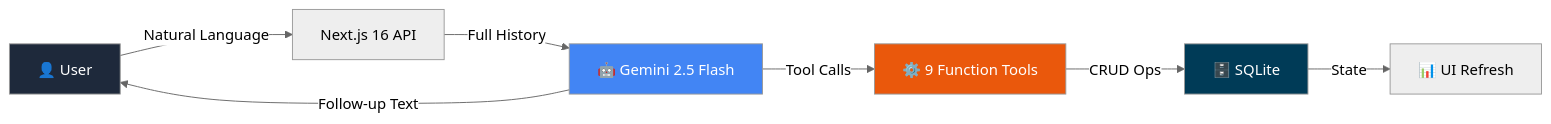
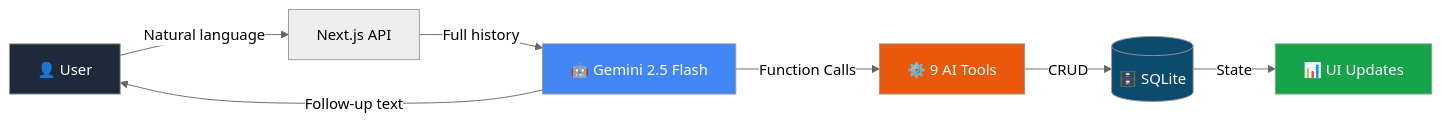
Before and after one commit to itsdivyanshuno/deadClock: the diagram in README.md, drawn with Mermaid (neutral theme). The commit also changed other lines of this file, not shown here.

Commit message:
docs: hackathon README redesign with agentic narrative, mermaid diagram, icon-driven feature table, screenshots section, and judges-facing 'Why we win' framing

````diff
--- a/README.md
+++ b/README.md
@@ -81,13 +50,14 @@
 ```mermaid
 graph LR
-    A[👤 User] -->|Natural Language| B[Next.js 16 API]
-    B -->|Full History| C[🤖 Gemini 2.5 Flash]
-    C -->|Tool Calls| D[⚙️ 9 Function Tools]
-    D -->|CRUD Ops| E[🗄️ SQLite]
-    E -->|State| F[📊 UI Refresh]
-    C -->|Follow-up Text| A
+    A[👤 User] -->|"Natural language"| B[Next.js API]
+    B -->|Full history| C[🤖 Gemini 2.5 Flash]
+    C -->|Function Calls| D[⚙️ 9 AI Tools]
+    D -->|CRUD| E[(🗄️ SQLite)]
+    E -->|State| F[📊 UI Updates]
+    C -->|Follow-up text| A
     style A fill:#1e293b,color:#fff
-    style C fill:#4285f4,color:#fff
-    style D fill:#ea580c,color:#fff
-    style E fill:#003b57,color:#fff
+    style C fill:#4285F4,color:#fff
+    style D fill:#EA580C,color:#fff
+    style E fill:#0c4a6e,color:#fff
+    style F fill:#16a34a,color:#fff
 ```
````
